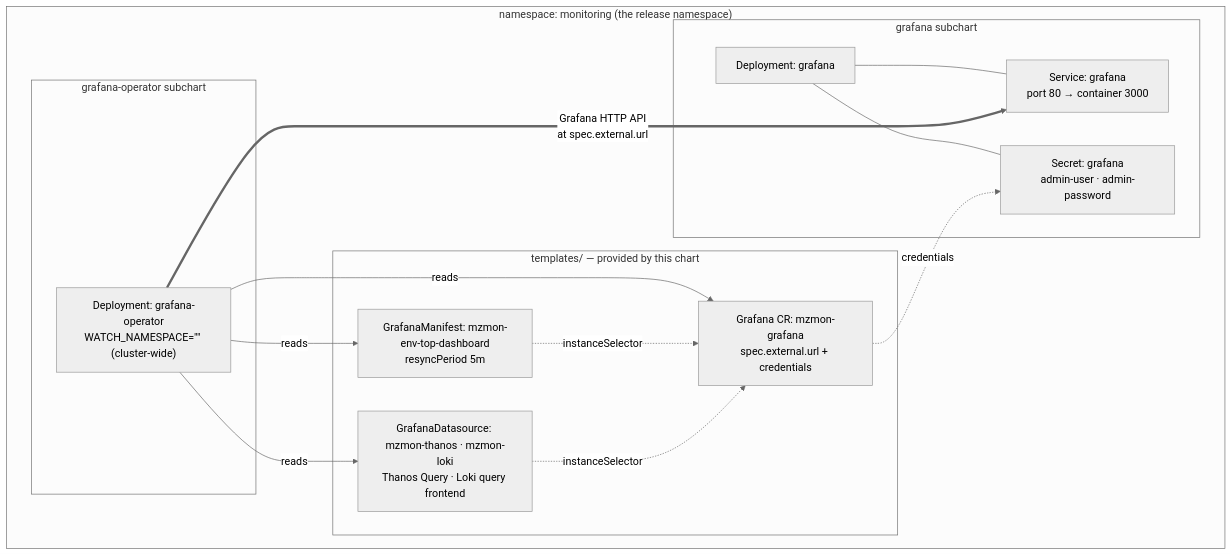
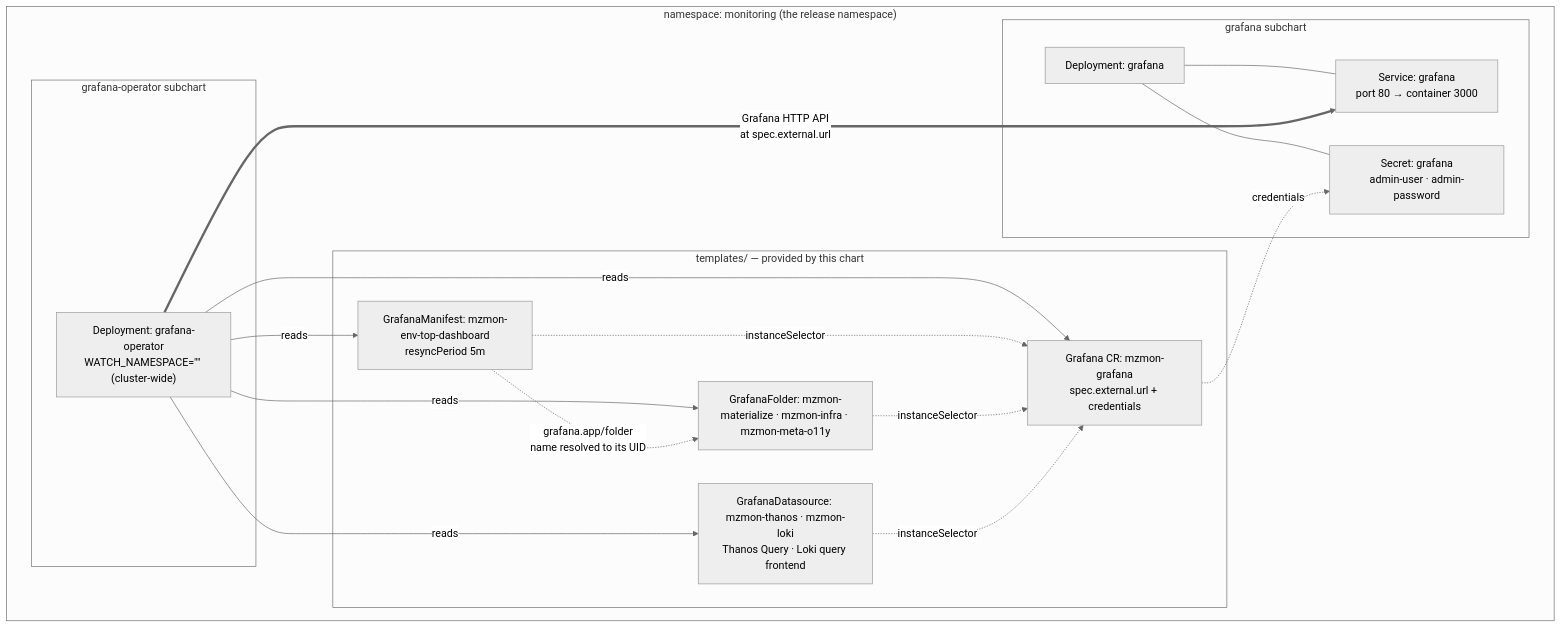
Before and after one commit to MaterializeInc/materialize-monitoring: the diagram in dashboards/grafana/architecture/index.md, drawn with Mermaid (neutral theme). The commit also changed other lines of this file and 117 other files, not shown here.

````diff
--- a/dashboards/grafana/architecture/index.md
+++ b/dashboards/grafana/architecture/index.md
@@ -139,30 +139,34 @@
 ```mermaid
 flowchart TB
   subgraph ns["namespace: monitoring (the release namespace)"]
     subgraph chart_grafana["grafana subchart"]
       gdep["Deployment: grafana"]
       gsvc["Service: grafana<br/>port 80 → container 3000"]
       gsec["Secret: grafana<br/>admin-user · admin-password"]
       gdep --- gsvc
       gdep --- gsec
     end
 
     subgraph chart_op["grafana-operator subchart"]
       opdep["Deployment: grafana-operator<br/>WATCH_NAMESPACE=&quot;&quot; (cluster-wide)"]
     end
 
     subgraph provided["templates/ — provided by this chart"]
       gcr["Grafana CR: mzmon-grafana<br/>spec.external.url + credentials"]
       gman["GrafanaManifest: mzmon-env-top-dashboard<br/>resyncPeriod 5m"]
+      gfld["GrafanaFolder: mzmon-materialize · mzmon-infra · mzmon-meta-o11y"]
       gds["GrafanaDatasource: mzmon-thanos · mzmon-loki<br/>Thanos Query · Loki query frontend"]
     end
   end
 
   opdep -->|"reads"| gcr
   opdep -->|"reads"| gman
+  opdep -->|"reads"| gfld
   opdep -->|"reads"| gds
+  gman -.->|"grafana.app/folder<br/>name resolved to its UID"| gfld
   gman -.->|"instanceSelector"| gcr
+  gfld -.->|"instanceSelector"| gcr
   gds -.->|"instanceSelector"| gcr
   opdep ==>|"Grafana HTTP API<br/>at spec.external.url"| gsvc
   gcr -.->|"credentials"| gsec
 ```
````
